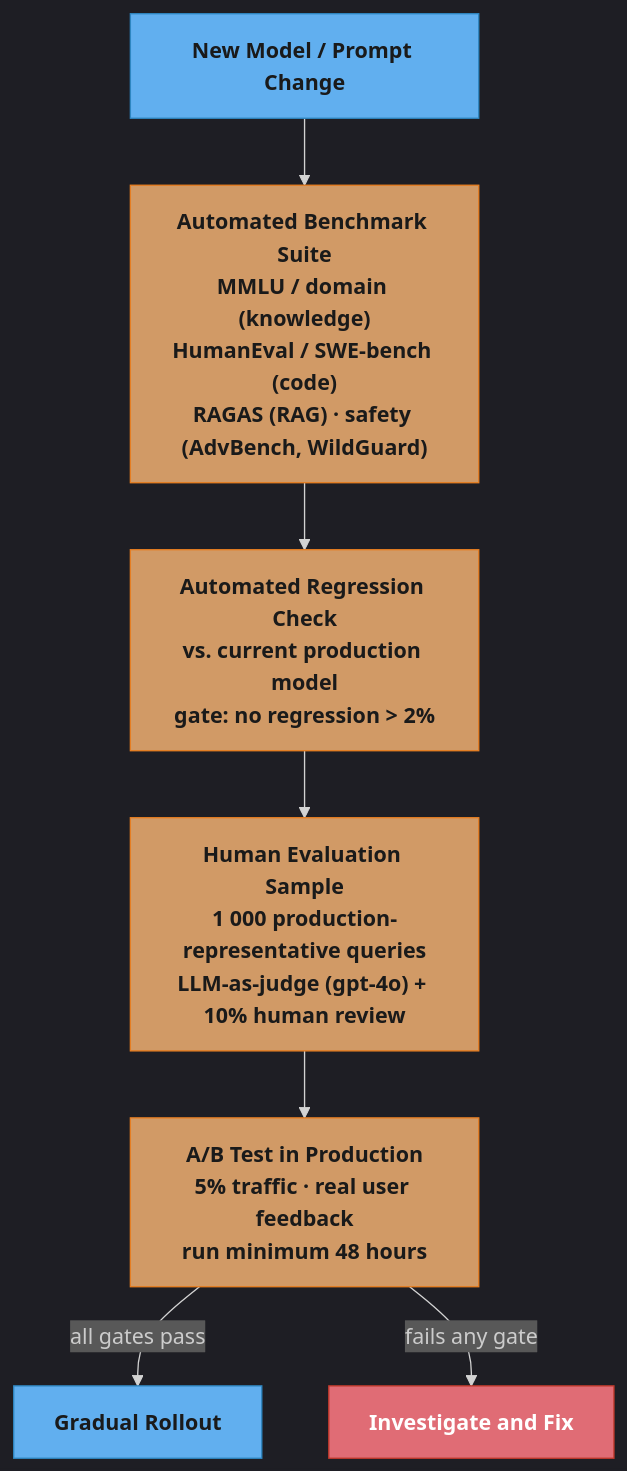
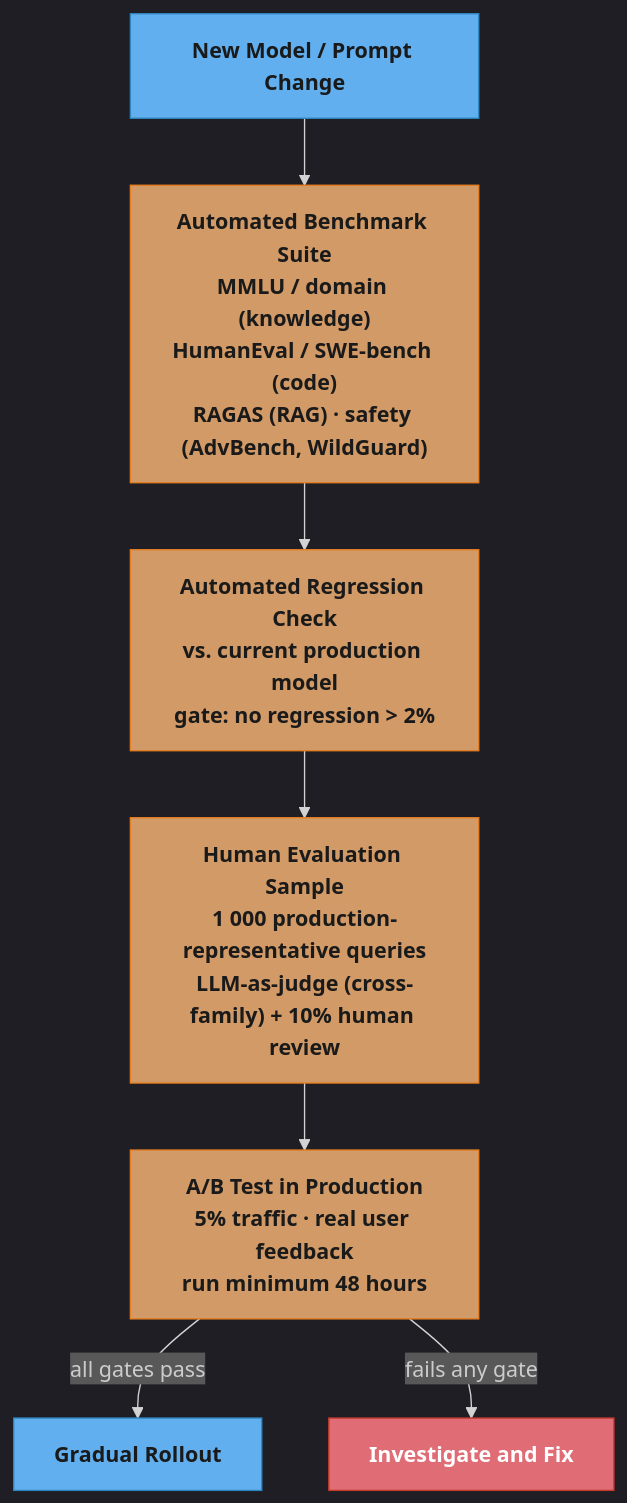
Before and after one commit to rppol/system-design: the diagram in src/main/java/com/rutik/systemdesign/llm/evaluation_and_benchmarks/README.md, drawn with Mermaid. The commit also changed other lines of this file and 113 other files, not shown here.

````diff
--- a/src/main/java/com/rutik/systemdesign/llm/evaluation_and_benchmarks/README.md
+++ b/src/main/java/com/rutik/systemdesign/llm/evaluation_and_benchmarks/README.md
@@ -405,27 +439,27 @@
 ```mermaid
 %%{init: {'flowchart': {'curve': 'basis'}, 'theme': 'dark'}}%%
 flowchart TD
     classDef io      fill:#61afef,stroke:#2e86c1,color:#1a1a1a,font-weight:bold
     classDef frozen  fill:#c678dd,stroke:#9b59b6,color:#fff
     classDef train   fill:#98c379,stroke:#27ae60,color:#1a1a1a
     classDef mathOp  fill:#d19a66,stroke:#e67e22,color:#1a1a1a,font-weight:bold
     classDef lossN   fill:#e06c75,stroke:#c0392b,color:#fff,font-weight:bold
     classDef req     fill:#56b6c2,stroke:#0097a7,color:#1a1a1a
     classDef base    fill:#e5c07b,stroke:#f39c12,color:#1a1a1a
 
     NEW["New Model / Prompt Change"]
     BENCH["Automated Benchmark Suite\nMMLU / domain (knowledge)\nHumanEval / SWE-bench (code)\nRAGAS (RAG) · safety (AdvBench, WildGuard)"]
     REG["Automated Regression Check\nvs. current production model\ngate: no regression > 2%"]
-    HUM["Human Evaluation Sample\n1 000 production-representative queries\nLLM-as-judge (gpt-4o) + 10% human review"]
+    HUM["Human Evaluation Sample\n1 000 production-representative queries\nLLM-as-judge (cross-family) + 10% human review"]
     AB["A/B Test in Production\n5% traffic · real user feedback\nrun minimum 48 hours"]
     PASS["Gradual Rollout"]
     FAIL["Investigate and Fix"]
 
     NEW --> BENCH --> REG --> HUM --> AB
     AB -->|"all gates pass"| PASS
     AB -->|"fails any gate"| FAIL
 
     class NEW,PASS io
     class BENCH,REG,HUM,AB mathOp
     class FAIL lossN
 ```
````
